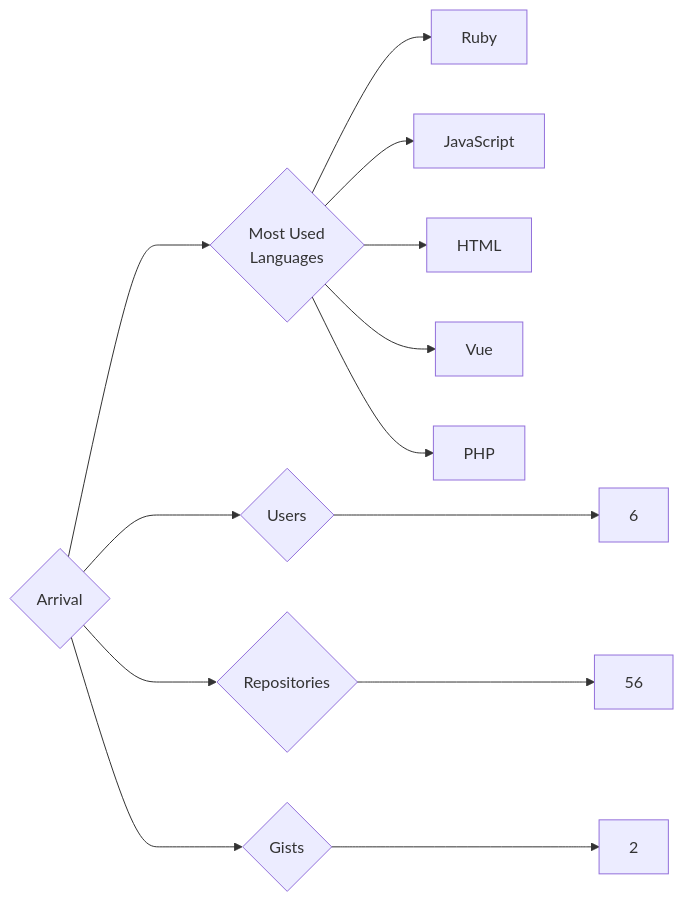
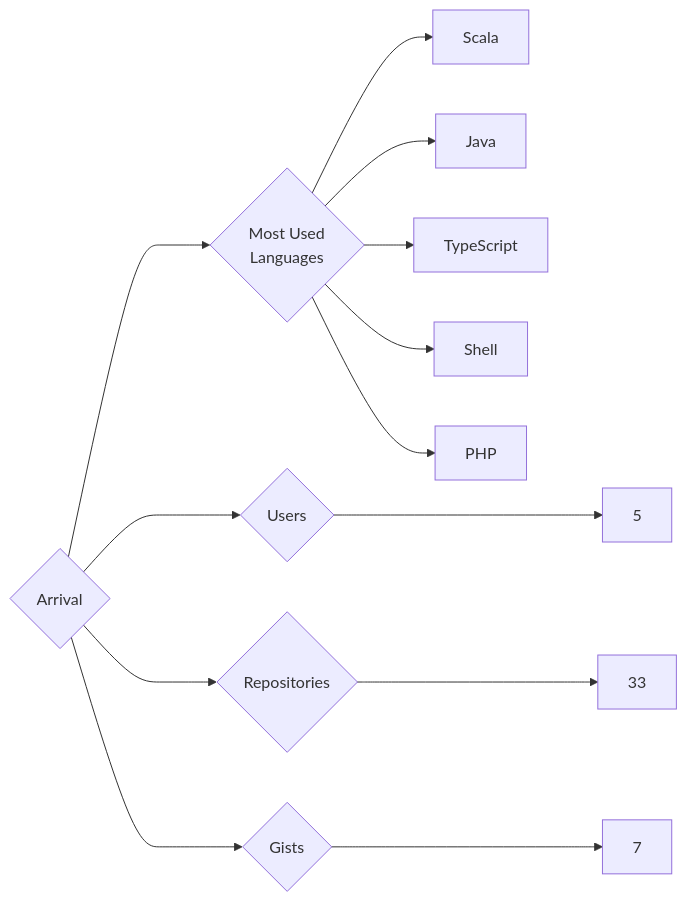
Before and after one commit to trickest/insiders: the diagram in targets/Arrival/README.md, drawn with Mermaid. The commit also changed 928 other files, not shown here.

````diff
--- a/targets/Arrival/README.md
+++ b/targets/Arrival/README.md
@@ -3,13 +3,13 @@
 ```mermaid
 graph LR
 COMPANY_NAME{Arrival}
-COMPANY_NAME ---> U{Users} ---> UN[6]
-COMPANY_NAME ---> R{Repositories} ---> RN[56]
-COMPANY_NAME ---> G{Gists} ---> GN[2]
+COMPANY_NAME ---> U{Users} ---> UN[5]
+COMPANY_NAME ---> R{Repositories} ---> RN[33]
+COMPANY_NAME ---> G{Gists} ---> GN[7]
 COMPANY_NAME ---> ML{Most Used<br>Languages}
-ML --> Ruby[Ruby]
-ML --> JavaScript[JavaScript]
-ML --> HTML[HTML]
-ML --> Vue[Vue]
+ML --> Scala[Scala]
+ML --> Java[Java]
+ML --> TypeScript[TypeScript]
+ML --> Shell[Shell]
 ML --> PHP[PHP]
 ```
````
